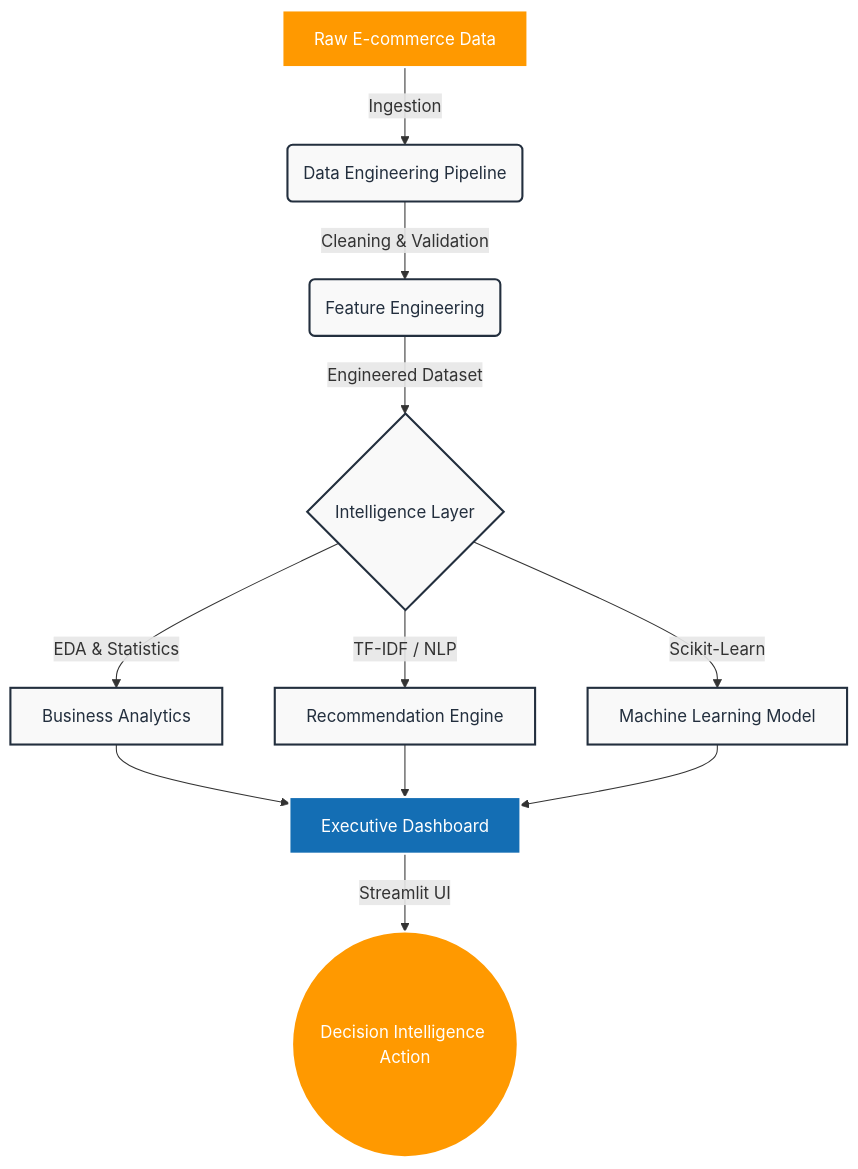
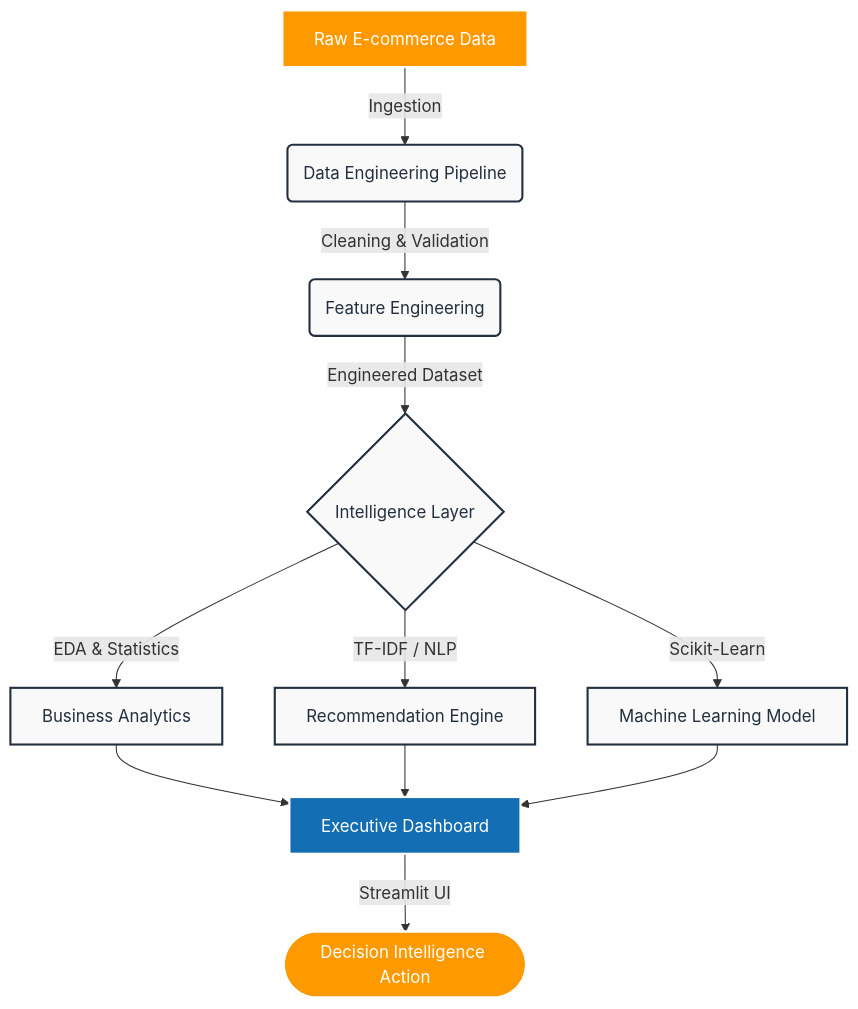
One commit to PrajwalGN1/Amazon-Product-Intelligence-Platform changed the diagram in README.md. Above: the diagram before and after it, drawn with Mermaid.

Commit message:
Improved README documentation

````diff
--- a/README.md
+++ b/README.md
@@ -120,21 +120,21 @@
 ```mermaid
 graph TD
     A[Raw E-commerce Data] -->|Ingestion| B(Data Engineering Pipeline)
     B -->|Cleaning & Validation| C(Feature Engineering)
     C -->|Engineered Dataset| D{Intelligence Layer}
     
     D -->|EDA & Statistics| E[Business Analytics]
     D -->|TF-IDF / NLP| F[Recommendation Engine]
     D -->|Scikit-Learn| G[Machine Learning Model]
     
     E --> H[Executive Dashboard]
     F --> H
     G --> H
     
-    H -->|Streamlit UI| I((Decision Intelligence Action))
+    H -->|Streamlit UI| I([Decision Intelligence Action])
     
     classDef default fill:#f9f9f9,stroke:#232F3E,stroke-width:2px,color:#232F3E;
     style A fill:#FF9900,color:#fff,stroke:#fff;
     style I fill:#FF9900,color:#fff,stroke:#fff;
     style H fill:#146EB4,color:#fff,stroke:#fff;
 ```
````
